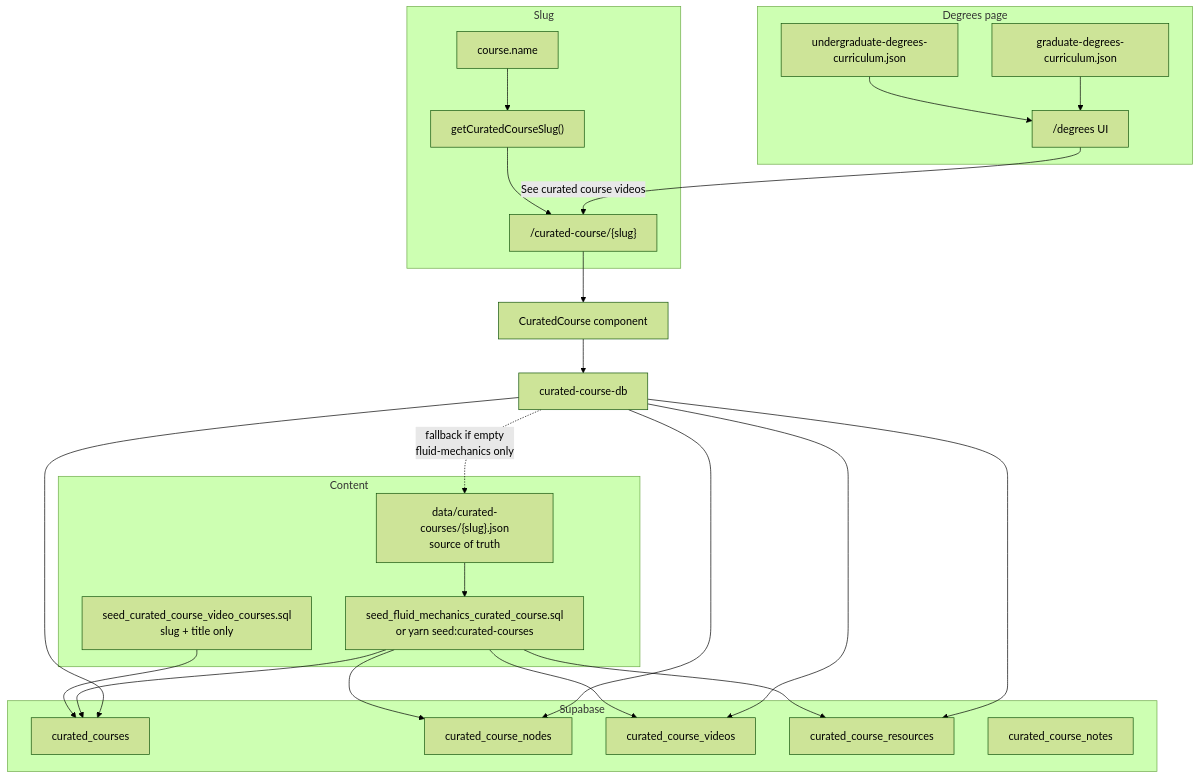
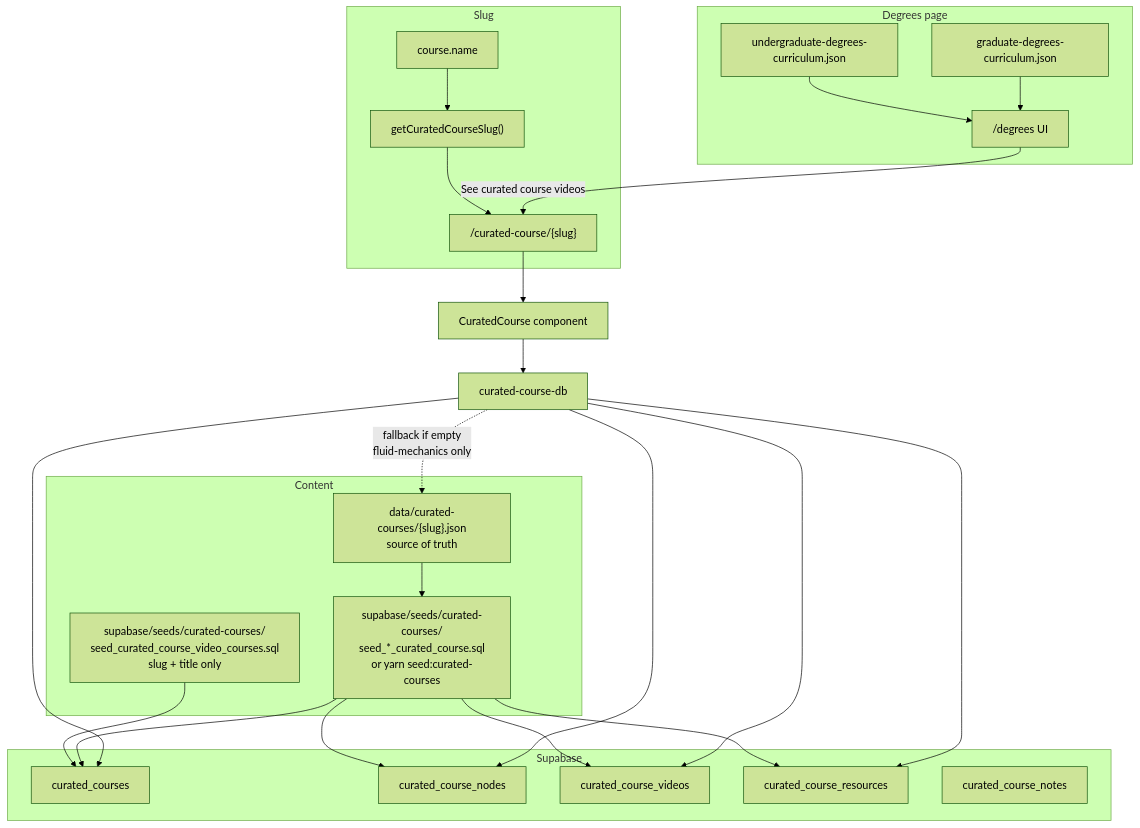
The first of 2 diagrams in docs/curated-courses.md (coursetexts/notion-site), drawn with Mermaid (forest theme) before and after one commit. The commit also changed other lines of this file and 325 other files, not shown here.

Commit message:
seeded database for undegrad curated STEM courses

````diff
--- a/docs/curated-courses.md
+++ b/docs/curated-courses.md
@@ -7,48 +7,48 @@
 ```mermaid
 flowchart TB
   subgraph Degrees["Degrees page"]
     UG["undergraduate-degrees-curriculum.json"]
     Grad["graduate-degrees-curriculum.json"]
     UI["/degrees UI"]
     UG --> UI
     Grad --> UI
   end
 
   subgraph Slug["Slug"]
     Name["course.name"]
     Fn["getCuratedCourseSlug()"]
     Path["/curated-course/{slug}"]
     Name --> Fn --> Path
   end
 
   UI -->|"See curated course videos"| Path
 
   subgraph Data["Content"]
     JSON["data/curated-courses/{slug}.json<br/>source of truth"]
-    Catalog["seed_curated_course_video_courses.sql<br/>slug + title only"]
-    Full["seed_fluid_mechanics_curated_course.sql<br/>or yarn seed:curated-courses"]
+    Catalog["supabase/seeds/curated-courses/<br/>seed_curated_course_video_courses.sql<br/>slug + title only"]
+    Full["supabase/seeds/curated-courses/<br/>seed_*_curated_course.sql<br/>or yarn seed:curated-courses"]
   end
 
   subgraph DB["Supabase"]
     CVC["curated_courses"]
     Nodes["curated_course_nodes"]
     Vids["curated_course_videos"]
     Res["curated_course_resources"]
     Notes["curated_course_notes"]
   end
 
   Catalog --> CVC
   JSON --> Full
   Full --> CVC
   Full --> Nodes
   Full --> Vids
   Full --> Res
 
   Path --> Page["CuratedCourse component"]
   Page --> Load["curated-course-db"]
   Load --> CVC
   Load --> Nodes
   Load --> Vids
   Load --> Res
   Load -.->|"fallback if empty<br/>fluid-mechanics only"| JSON
 ```
````
